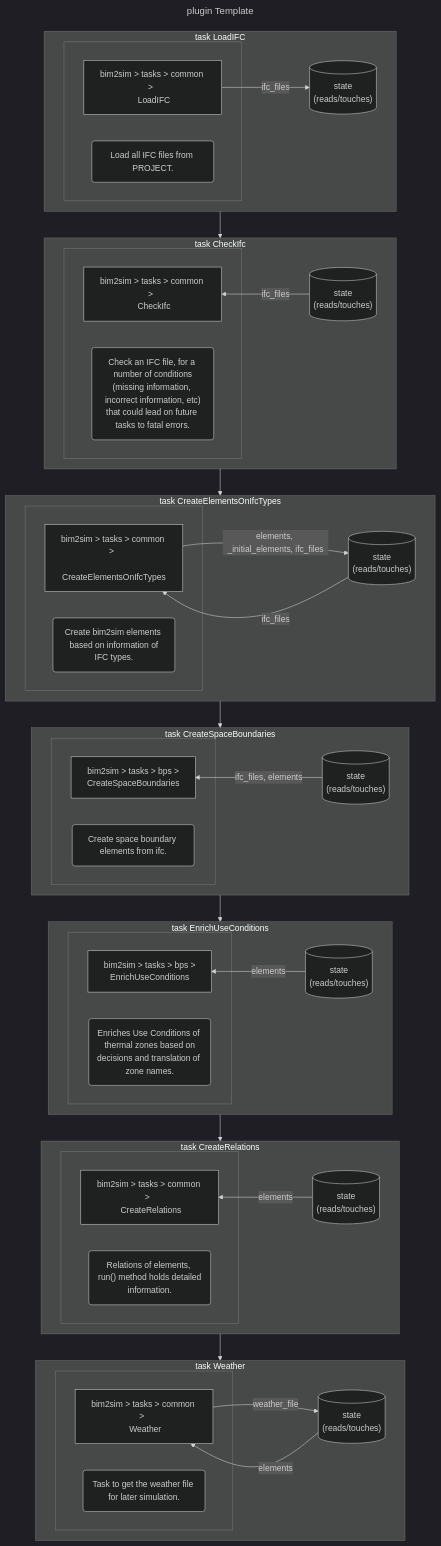
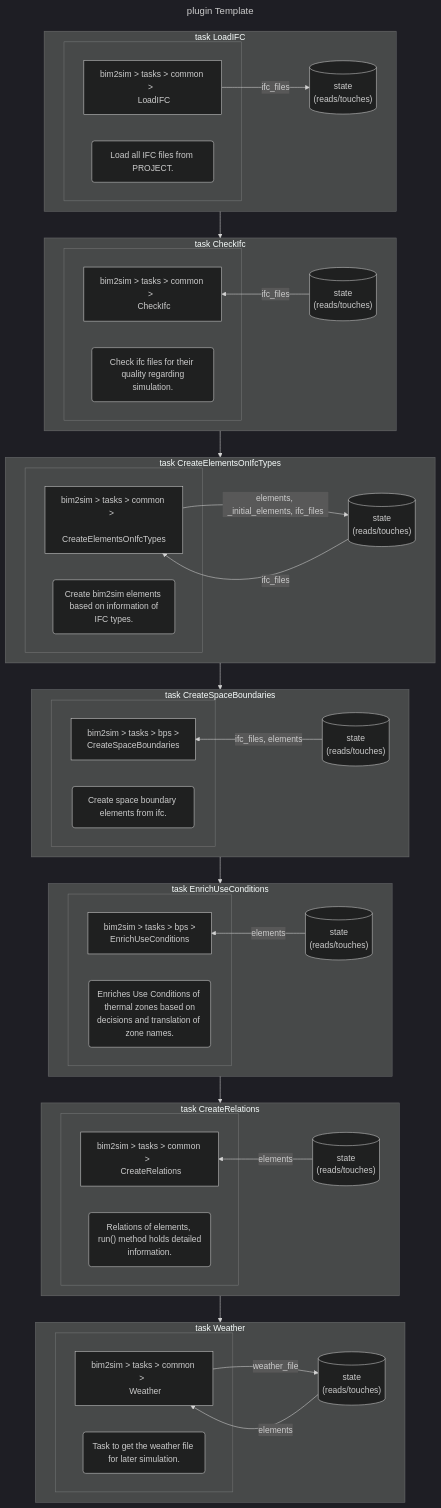
Before and after one commit to BIM2SIM/bim2sim: the diagram in docs/source/img/dynamic/plugindiagram/template_structure_decentral_state.mmd, drawn with Mermaid (dark theme). The commit also changed 1 other file, not shown here.

```diff
--- a/docs/source/img/dynamic/plugindiagram/template_structure_decentral_state.mmd
+++ b/docs/source/img/dynamic/plugindiagram/template_structure_decentral_state.mmd
@@ -1,124 +1,123 @@
 ---
 title: plugin Template
 ---
 flowchart TB
     
 subgraph taskLoadIFC["task LoadIFC"]
  subgraph "" 
 
   tLoadIFC["bim2sim > tasks > common >  
  LoadIFC"]
   extLoadIFC(" Load all IFC files from PROJECT. " )
  end
 
 stateLoadIFC[("state
  (reads/touches)")]
     
 tLoadIFC -- ifc_files --> stateLoadIFC
 
 end
     
 subgraph taskCheckIfc["task CheckIfc"]
  subgraph "" 
 
   tCheckIfc["bim2sim > tasks > common >  
  CheckIfc"]
-  extCheckIfc("  Check an IFC file, for a number of conditions
-(missing information, incorrect information, etc)
-that could lead on future tasks to fatal errors. " )
+  extCheckIfc("  Check ifc files for their quality regarding
+simulation. " )
  end
 
 stateCheckIfc[("state
  (reads/touches)")]
     
 stateCheckIfc -- ifc_files --> tCheckIfc
 direction RL
 end
     
 subgraph taskCreateElementsOnIfcTypes["task CreateElementsOnIfcTypes"]
  subgraph "" 
 
   tCreateElementsOnIfcTypes["bim2sim > tasks > common >  
  CreateElementsOnIfcTypes"]
   extCreateElementsOnIfcTypes(" Create bim2sim elements based on information of
 IFC types. " )
  end
 
 stateCreateElementsOnIfcTypes[("state
  (reads/touches)")]
     
 stateCreateElementsOnIfcTypes -- ifc_files --> tCreateElementsOnIfcTypes
 
 tCreateElementsOnIfcTypes -- elements, _initial_elements, ifc_files --> stateCreateElementsOnIfcTypes
 
 end
     
 subgraph taskCreateSpaceBoundaries["task CreateSpaceBoundaries"]
  subgraph "" 
 
   tCreateSpaceBoundaries["bim2sim > tasks > bps >  
  CreateSpaceBoundaries"]
   extCreateSpaceBoundaries(" Create space boundary elements from ifc. " )
  end
 
 stateCreateSpaceBoundaries[("state
  (reads/touches)")]
     
 stateCreateSpaceBoundaries -- ifc_files, elements --> tCreateSpaceBoundaries
 direction RL
 end
     
 subgraph taskEnrichUseConditions["task EnrichUseConditions"]
  subgraph "" 
 
   tEnrichUseConditions["bim2sim > tasks > bps >  
  EnrichUseConditions"]
   extEnrichUseConditions(" Enriches Use Conditions of thermal zones based on
 decisions and translation of zone names. " )
  end
 
 stateEnrichUseConditions[("state
  (reads/touches)")]
     
 stateEnrichUseConditions -- elements --> tEnrichUseConditions
 direction RL
 end
     
 subgraph taskCreateRelations["task CreateRelations"]
  subgraph "" 
 
   tCreateRelations["bim2sim > tasks > common >  
  CreateRelations"]
   extCreateRelations(" Relations of elements, run() method holds detailed
 information. " )
  end
 
 stateCreateRelations[("state
  (reads/touches)")]
     
 stateCreateRelations -- elements --> tCreateRelations
 direction RL
 end
     
 subgraph taskWeather["task Weather"]
  subgraph "" 
 
   tWeather["bim2sim > tasks > common >  
  Weather"]
   extWeather(" Task to get the weather file for later simulation. " )
  end
 
 stateWeather[("state
  (reads/touches)")]
     
 stateWeather -- elements --> tWeather
 
 tWeather -- weather_file --> stateWeather
 
 end
     taskLoadIFC --> taskCheckIfc 
 taskCheckIfc --> taskCreateElementsOnIfcTypes 
 taskCreateElementsOnIfcTypes --> taskCreateSpaceBoundaries 
 taskCreateSpaceBoundaries --> taskEnrichUseConditions 
 taskEnrichUseConditions --> taskCreateRelations 
 taskCreateRelations --> taskWeather 
```
